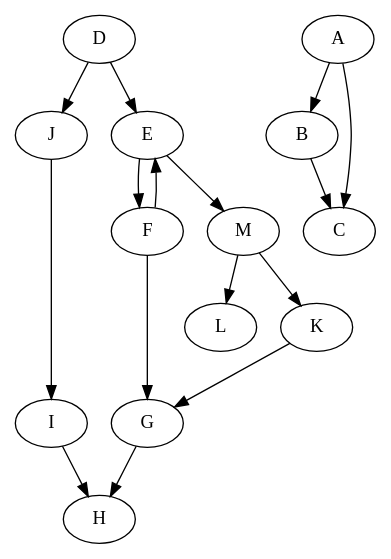
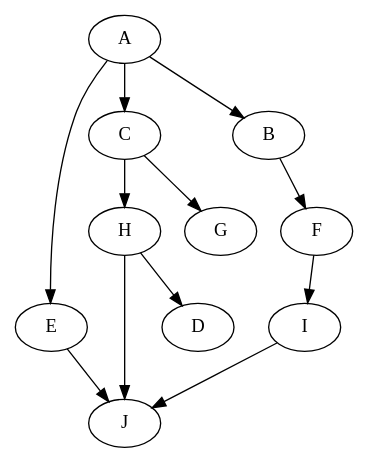
Before and after one commit to thomas-bouvier/insa-c-3eii: the diagram in C2/TP10/graph.dot, drawn with Graphviz. The commit also changed 2 other files, not shown here.

```diff
--- a/C2/TP10/graph.dot
+++ b/C2/TP10/graph.dot
@@ -1,17 +1,13 @@
 digraph {
-	M -> L;
-	M -> K;
-	K -> G;
-	J -> I;
-	I -> H;
-	G -> H;
-	F -> E;
-	F -> G;
-	E -> F;
-	E -> M;
-	D -> E;
-	D -> J;
-	B -> C;
+	I -> J;
+	H -> J;
+	H -> D;
+	F -> I;
+	E -> J;
+	C -> G;
+	C -> H;
+	B -> F;
 	A -> B;
 	A -> C;
+	A -> E;
 }
```
